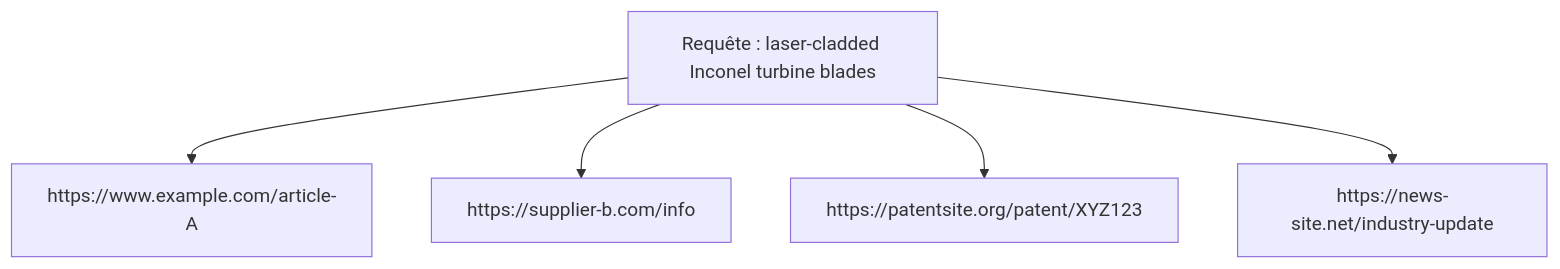
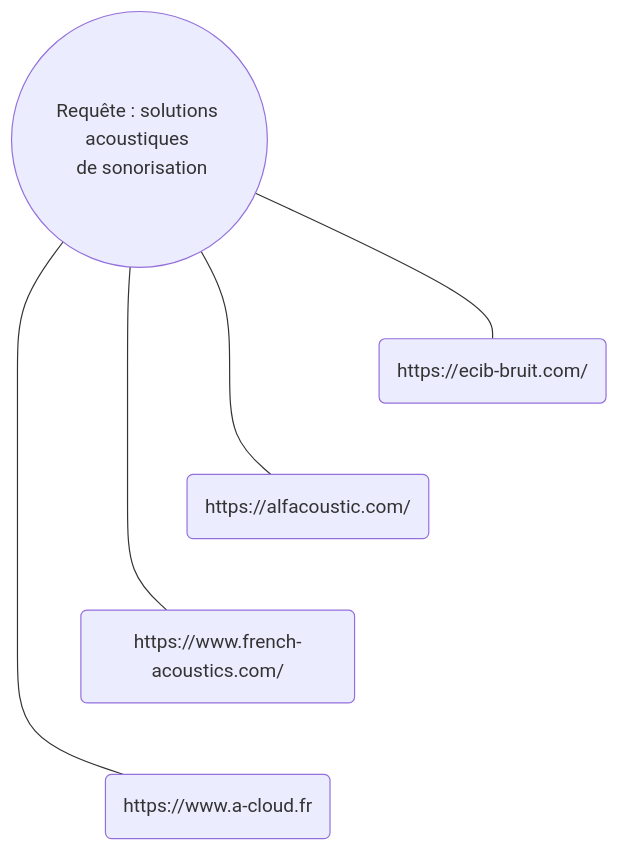
The diagram in README.md (DARYL-SAS/Test-Technique-FULL-STACK-), drawn with Mermaid before and after one commit.

````diff
--- a/README.md
+++ b/README.md
@@ -40,11 +40,27 @@
 ```mermaid
+%%{ init: { "flowchart": { "nodeSpacing": 80, "rankSpacing": 60 } } }%%
 graph TD
-    %% Nœud central (remplacez le texte par la requête réelle)
-    Q["Requête : laser-cladded Inconel turbine blades"]
+    %% Nœud central
+    Q((Requête : solutions acoustiques </br> de sonorisation))
 
-    %% Nœuds secondaires = URL des résultats (remplacez par vos URLs)
-    Q --> U1["https://www.example.com/article-A"]
-    Q --> U2["https://supplier-b.com/info"]
-    Q --> U3["https://patentsite.org/patent/XYZ123"]
-    Q --> U4["https://news-site.net/industry-update"]
+    %% Nœuds secondaires
+    U1("https://ecib-bruit.com/")
+    U2("https://alfacoustic.com/")
+    U3("https://www.french-acoustics.com/")
+    U4("https://www.a-cloud.fr")
+
+    %% Liens « vrais » vers la requête
+    Q --- U1
+    Q --- U2
+    Q --- U3
+    Q --- U4
+
+    %% Chaîne invisible pour écarter les nœuds en cercle
+    U1 -.-> U2
+    U2 -.-> U3
+    U3 -.-> U4
+    U4 -.-> U1
+
+    %% (Facultatif) rendre ces liens invisibles
+    linkStyle 4,5,6,7 stroke:transparent
 ```
````
